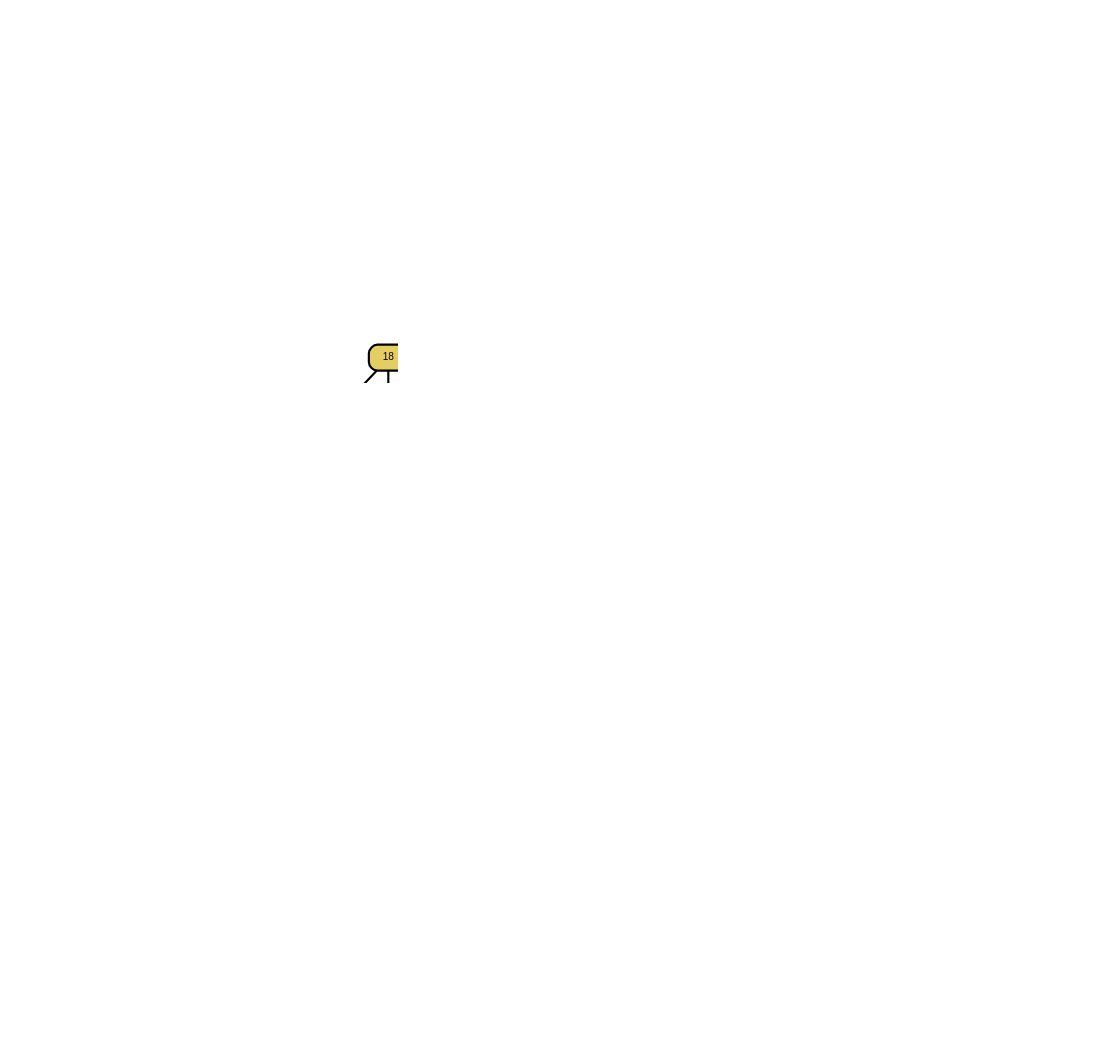
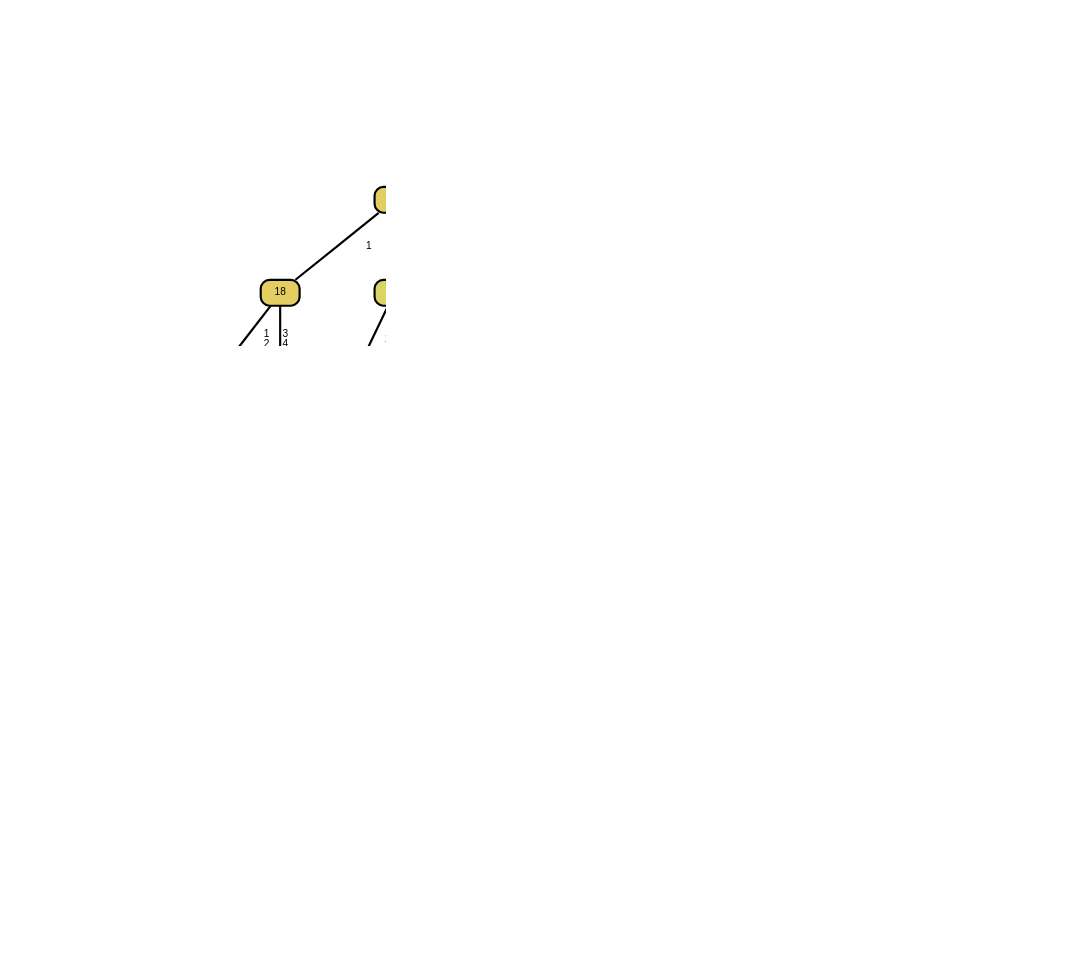
The diagram in qanalysis/cjust/246.dot (zeroknowledgediscovery/zcad), drawn with Graphviz before and after one commit. The commit also changed 287 other files, not shown here.

```diff
--- a/qanalysis/cjust/246.dot
+++ b/qanalysis/cjust/246.dot
@@ -34,89 +34,117 @@
 Prob: 0.5
 Frac: 0.005", fillcolor="#57aaff"] ;
 15 [label="58", fillcolor="#e1cf62"] ;
-16 [label="1
+16 [label="2
+Prob: 0.75
+Frac: 0.01", fillcolor="#9fff7f"] ;
+17 [label="240", fillcolor="#b4f867"] ;
+18 [label="2
+Prob: 0.8
+Frac: 0.012", fillcolor="#c6f255"] ;
+19 [label="48", fillcolor="#ded85f"] ;
+20 [label="1
+Prob: 1.0
+Frac: 0.027", fillcolor="#ffc155"] ;
+21 [label="192", fillcolor="#f5c955"] ;
+22 [label="2
+Prob: 1.0
+Frac: 0.007", fillcolor="#b8ff55"] ;
+23 [label="201", fillcolor="#edd055"] ;
+24 [label="1
+Prob: 1.0
+Frac: 0.022", fillcolor="#ffc155"] ;
+25 [label="150", fillcolor="#eccd5b"] ;
+26 [label="2
+Prob: 0.5
+Frac: 0.005", fillcolor="#86ffaa"] ;
+27 [label="158", fillcolor="#dbd463"] ;
+28 [label="1
+Prob: 0.5
+Frac: 0.005", fillcolor="#ac8baa"] ;
+29 [label="225", fillcolor="#e2ce63"] ;
+30 [label="1
+Prob: 0.75
+Frac: 0.01", fillcolor="#ffa67f"] ;
+31 [label="21", fillcolor="#bfc38d"] ;
+32 [label="1
+Prob: 0.636
+Frac: 0.027", fillcolor="#e5d755"] ;
+33 [label="241", fillcolor="#acc996"] ;
+34 [label="1
+Prob: 0.8
+Frac: 0.012", fillcolor="#deab77"] ;
+35 [label="54", fillcolor="#92aab2"] ;
+36 [label="2
+Prob: 0.5
+Frac: 0.005", fillcolor="#89aaaa"] ;
+37 [label="233", fillcolor="#676de6"] ;
+38 [label="4
+Prob: 1.0
+Frac: 0.012", fillcolor="#5a55ff"] ;
+39 [label="44", fillcolor="#86aabc"] ;
+40 [label="4
+Prob: 0.346
+Frac: 0.065", fillcolor="#8fbab0"] ;
+41 [label="44", fillcolor="#97a6b7"] ;
+42 [label="5
+Prob: 0.4
+Frac: 0.012", fillcolor="#bc8cdd"] ;
+43 [label="61", fillcolor="#a9c899"] ;
+44 [label="2
+Prob: 0.538
+Frac: 0.162", fillcolor="#add684"] ;
+45 [label="237", fillcolor="#a5dc8f"] ;
+46 [label="1
 Prob: 0.667
 Frac: 0.007", fillcolor="#c6d58d"] ;
-17 [label="143", fillcolor="#bdef6a"] ;
-18 [label="2
+47 [label="248", fillcolor="#a4ef94"] ;
+48 [label="2
+Prob: 0.6
+Frac: 0.012", fillcolor="#90ff99"] ;
+49 [label="248", fillcolor="#82f6c2"] ;
+50 [label="3
 Prob: 1.0
-Frac: 0.012", fillcolor="#b8ff55"] ;
-19 [label="48", fillcolor="#e6d35c"] ;
-20 [label="1
-Prob: 1.0
-Frac: 0.007", fillcolor="#ffc155"] ;
-21 [label="201", fillcolor="#f3cb55"] ;
-22 [label="1
-Prob: 0.667
-Frac: 0.007", fillcolor="#e7d555"] ;
-23 [label="248", fillcolor="#fac455"] ;
-24 [label="1
-Prob: 1.0
-Frac: 0.025", fillcolor="#ffc155"] ;
-25 [label="147", fillcolor="#dbd463"] ;
-26 [label="2
-Prob: 1.0
-Frac: 0.007", fillcolor="#b8ff55"] ;
-27 [label="154", fillcolor="#e4d855"] ;
-28 [label="1
-Prob: 1.0
-Frac: 0.012", fillcolor="#ffc155"] ;
-29 [label="143", fillcolor="#c5d771"] ;
-30 [label="2
-Prob: 0.5
-Frac: 0.01", fillcolor="#87d4aa"] ;
-31 [label="225", fillcolor="#e2ce63"] ;
-32 [label="1
-Prob: 0.75
-Frac: 0.01", fillcolor="#ffa67f"] ;
-33 [label="21", fillcolor="#bfc38d"] ;
-34 [label="2
-Prob: 0.667
-Frac: 0.007", fillcolor="#cfea55"] ;
-35 [label="205", fillcolor="#dec36d"] ;
-36 [label="1
-Prob: 0.636
-Frac: 0.027", fillcolor="#e3b873"] ;
-37 [label="240", fillcolor="#acd38e"] ;
-38 [label="2
-Prob: 0.408
-Frac: 0.391", fillcolor="#a8d591"] ;
-39 [label="56", fillcolor="#acc996"] ;
-40 [label="4
-Prob: 0.4
-Frac: 0.062", fillcolor="#919fc8"] ;
-41 [label="55", fillcolor="#acacab"] ;
-42 [label="1
-Prob: 0.481
-Frac: 0.067", fillcolor="#c4ce7a"] ;
-43 [label="55", fillcolor="#bac288"] ;
-44 [label="4
+Frac: 0.015", fillcolor="#55ffff"] ;
+51 [label="243", fillcolor="#aed092"] ;
+52 [label="4
 Prob: 1.0
 Frac: 0.007", fillcolor="#5a55ff"] ;
-45 [label="62", fillcolor="#bdb499"] ;
-46 [label="5
+53 [label="159", fillcolor="#8d8cbb"] ;
+54 [label="1
+Prob: 0.5
+Frac: 0.005", fillcolor="#dbe055"] ;
+55 [label="151", fillcolor="#b5c695"] ;
+56 [label="2
+Prob: 0.364
+Frac: 0.192", fillcolor="#aed090"] ;
+57 [label="243", fillcolor="#b7c993"] ;
+58 [label="2
+Prob: 0.75
+Frac: 0.01", fillcolor="#c9ef55"] ;
+59 [label="244", fillcolor="#e9d355"] ;
+60 [label="1
 Prob: 1.0
-Frac: 0.01", fillcolor="#ff55ff"] ;
-47 [label="62", fillcolor="#c58ccc"] ;
-48 [label="2
+Frac: 0.015", fillcolor="#ffc155"] ;
+61 [label="148", fillcolor="#e9c36f"] ;
+62 [label="5
+Prob: 0.667
+Frac: 0.007", fillcolor="#e78dc6"] ;
+63 [label="159", fillcolor="#d6b19d"] ;
+64 [label="5
 Prob: 0.5
-Frac: 0.005", fillcolor="#86ffaa"] ;
-49 [label="149", fillcolor="#9fb1aa"] ;
-50 [label="1
-Prob: 0.5
-Frac: 0.01", fillcolor="#ac8baa"] ;
-51 [label="239", fillcolor="#b2bf9d"] ;
-52 [label="1
-Prob: 0.429
-Frac: 0.052", fillcolor="#e59b9d"] ;
-53 [label="185", fillcolor="#d996b5"] ;
-54 [label="5
-Prob: 0.438
-Frac: 0.04", fillcolor="#ca8fd4"] ;
-55 [label="185", fillcolor="#cb97b8"] ;
-56 [label="4
-Prob: 0.286
-Frac: 0.052", fillcolor="#b29abe"] ;
+Frac: 0.02", fillcolor="#b794e9"] ;
+65 [label="239", fillcolor="#b2bf9d"] ;
+66 [label="1
+Prob: 0.4
+Frac: 0.05", fillcolor="#c7a299"] ;
+67 [label="233", fillcolor="#cb97b8"] ;
+68 [label="2
+Prob: 0.667
+Frac: 0.007", fillcolor="#98c68d"] ;
+69 [label="244", fillcolor="#cd92c9"] ;
+70 [label="5
+Prob: 0.457
+Frac: 0.087", fillcolor="#d18dce"] ;
 1 -- 0 [label=" 2\n 3",penwidth=3] ;
 1 -- 5 [label=" 1\n 4\n 5",penwidth=3] ;
 3 -- 2 [label=" 2",penwidth=3] ;
@@ -132,45 +160,59 @@
 13 -- 11 [label=" 1\n 2",penwidth=3] ;
 13 -- 14 [label=" 3\n 4",penwidth=3] ;
 15 -- 13 [label=" 1",penwidth=3] ;
-15 -- 25 [label=" 2\n 3\n 4\n 5",penwidth=3] ;
-17 -- 16 [label=" 1\n 4",penwidth=3] ;
-17 -- 18 [label=" 2\n 3\n 5",penwidth=3] ;
-19 -- 17 [label=" 2",penwidth=3] ;
-19 -- 23 [label=" 1\n 4",penwidth=3] ;
+15 -- 27 [label=" 2\n 3\n 4\n 5",penwidth=3] ;
+17 -- 16 [label=" 2",penwidth=3] ;
+17 -- 18 [label=" 1\n 4",penwidth=3] ;
+19 -- 17 [label=" 2\n 3",penwidth=3] ;
+19 -- 25 [label=" 1\n 4",penwidth=3] ;
 21 -- 20 [label=" 1",penwidth=3] ;
-21 -- 22 [label=" 2\n 4",penwidth=3] ;
-23 -- 21 [label=" 2\n 3",penwidth=3] ;
-23 -- 24 [label=" 1\n 4",penwidth=3] ;
-25 -- 19 [label=" 1\n 3\n 9",penwidth=3] ;
-25 -- 29 [label=" 2\n 4\n 5\n 6\n 7\n 8",penwidth=3] ;
-27 -- 26 [label=" 2",penwidth=3] ;
-27 -- 28 [label=" 1\n 3",penwidth=3] ;
-29 -- 27 [label=" 2\n 3",penwidth=3] ;
-29 -- 30 [label=" 4\n 5",penwidth=3] ;
-31 -- 15 [label=" 1",penwidth=3] ;
-31 -- 32 [label=" 2\n 3",penwidth=3] ;
-33 -- 31 [label=" 1",penwidth=3] ;
-33 -- 51 [label=" 2\n 3\n 4",penwidth=3] ;
-35 -- 34 [label=" 2",penwidth=3] ;
-35 -- 36 [label=" 1\n 4",penwidth=3] ;
-37 -- 35 [label=" 1",penwidth=3] ;
-37 -- 38 [label=" 2\n 3\n 4\n 5",penwidth=3] ;
-39 -- 37 [label=" 1\n 2\n 3",penwidth=3] ;
-39 -- 41 [label=" 4\n 5",penwidth=3] ;
-41 -- 40 [label=" 2\n 3",penwidth=3] ;
-41 -- 45 [label=" 1\n 4\n 5",penwidth=3] ;
-43 -- 42 [label=" 1\n 4",penwidth=3] ;
-43 -- 44 [label=" 5",penwidth=3] ;
-45 -- 43 [label=" 2\n 3\n 4",penwidth=3] ;
-45 -- 47 [label=" 1\n 5",penwidth=3] ;
-47 -- 46 [label=" 1",penwidth=3] ;
-47 -- 49 [label=" 5",penwidth=3] ;
-49 -- 48 [label=" 5\n 7",penwidth=3] ;
-49 -- 50 [label=" 8\n 9",penwidth=3] ;
-51 -- 39 [label=" 1\n 2\n 3\n 4",penwidth=3] ;
-51 -- 55 [label=" 5",penwidth=3] ;
-53 -- 52 [label=" 1",penwidth=3] ;
-53 -- 54 [label=" 3\n 5",penwidth=3] ;
-55 -- 53 [label=" 1\n 3\n 5",penwidth=3] ;
-55 -- 56 [label=" 2\n 4\n 6",penwidth=3] ;
+21 -- 23 [label=" 3\n 4\n 5\n 6",penwidth=3] ;
+23 -- 22 [label=" 2\n 5",penwidth=3] ;
+23 -- 24 [label=" 1\n 3\n 4\n 6",penwidth=3] ;
+25 -- 21 [label=" 1\n 2",penwidth=3] ;
+25 -- 26 [label=" 3\n 4",penwidth=3] ;
+27 -- 19 [label=" 1",penwidth=3] ;
+27 -- 28 [label=" 2",penwidth=3] ;
+29 -- 15 [label=" 1",penwidth=3] ;
+29 -- 30 [label=" 2\n 3",penwidth=3] ;
+31 -- 29 [label=" 1",penwidth=3] ;
+31 -- 65 [label=" 2\n 3\n 4",penwidth=3] ;
+33 -- 32 [label=" 1",penwidth=3] ;
+33 -- 43 [label=" 2\n 3\n 4\n 5",penwidth=3] ;
+35 -- 34 [label=" 1",penwidth=3] ;
+35 -- 39 [label=" 2\n 3\n 4\n 5",penwidth=3] ;
+37 -- 36 [label=" 2\n 3",penwidth=3] ;
+37 -- 38 [label=" 4",penwidth=3] ;
+39 -- 37 [label=" 3",penwidth=3] ;
+39 -- 40 [label=" 2\n 4",penwidth=3] ;
+41 -- 35 [label=" 2\n 3\n 4",penwidth=3] ;
+41 -- 42 [label=" 1\n 5",penwidth=3] ;
+43 -- 41 [label=" 4",penwidth=3] ;
+43 -- 51 [label=" 1\n 2\n 3\n 5",penwidth=3] ;
+45 -- 44 [label=" 1\n 2\n 4",penwidth=3] ;
+45 -- 49 [label=" 3\n 5",penwidth=3] ;
+47 -- 46 [label=" 1\n 2",penwidth=3] ;
+47 -- 48 [label=" 4",penwidth=3] ;
+49 -- 47 [label=" 1\n 2\n 4",penwidth=3] ;
+49 -- 50 [label=" 3\n 5",penwidth=3] ;
+51 -- 45 [label=" 2\n 3",penwidth=3] ;
+51 -- 55 [label=" 1\n 4\n 5",penwidth=3] ;
+53 -- 52 [label=" 2",penwidth=3] ;
+53 -- 54 [label=" 3\n 4",penwidth=3] ;
+55 -- 53 [label=" 4",penwidth=3] ;
+55 -- 57 [label=" 1\n 2\n 3\n 5",penwidth=3] ;
+57 -- 56 [label=" 1\n 4",penwidth=3] ;
+57 -- 63 [label=" 5",penwidth=3] ;
+59 -- 58 [label=" 1\n 2",penwidth=3] ;
+59 -- 60 [label=" 3\n 4\n 5",penwidth=3] ;
+61 -- 59 [label=" 1\n 7\n 8\n 4",penwidth=3] ;
+61 -- 62 [label=" 3\n 5\n 6",penwidth=3] ;
+63 -- 61 [label=" 1\n 3",penwidth=3] ;
+63 -- 64 [label=" 2\n 4\n 5",penwidth=3] ;
+65 -- 33 [label=" 1\n 2\n 3\n 4",penwidth=3] ;
+65 -- 67 [label=" 5",penwidth=3] ;
+67 -- 66 [label=" 1\n 2",penwidth=3] ;
+67 -- 69 [label=" 3\n 4\n 5",penwidth=3] ;
+69 -- 68 [label=" 2",penwidth=3] ;
+69 -- 70 [label=" 1\n 3\n 4\n 5",penwidth=3] ;
 {rank = same;}}
```
